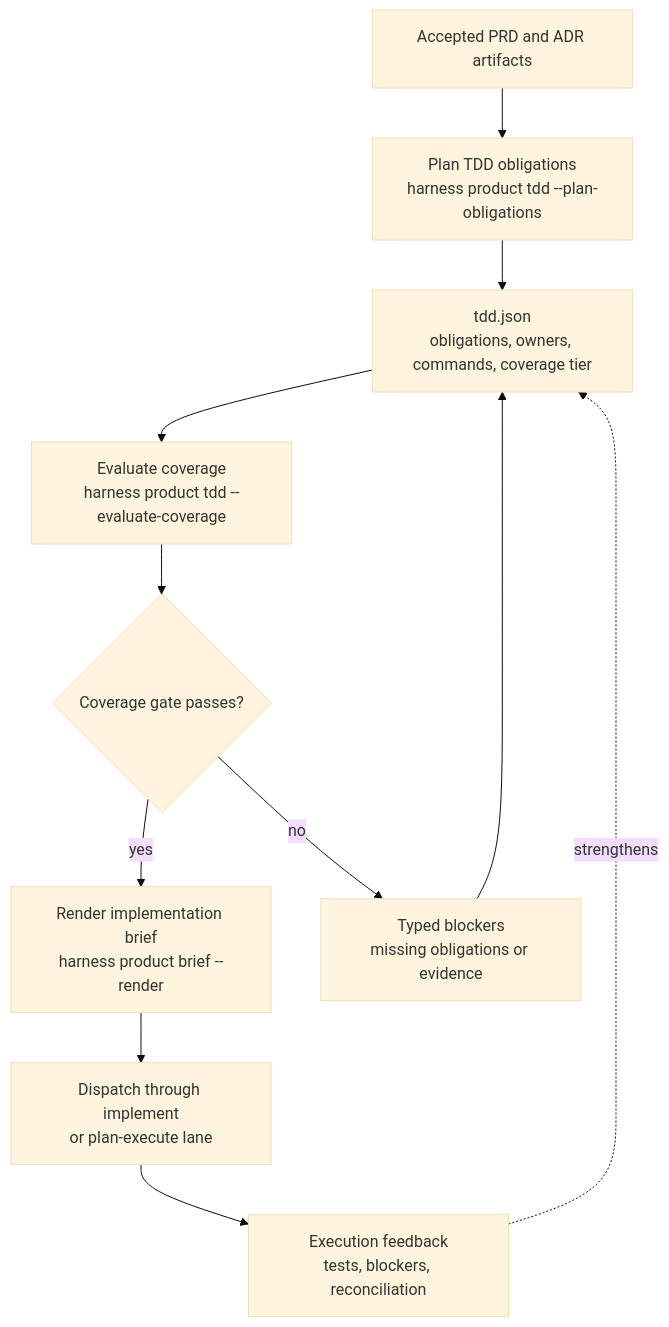
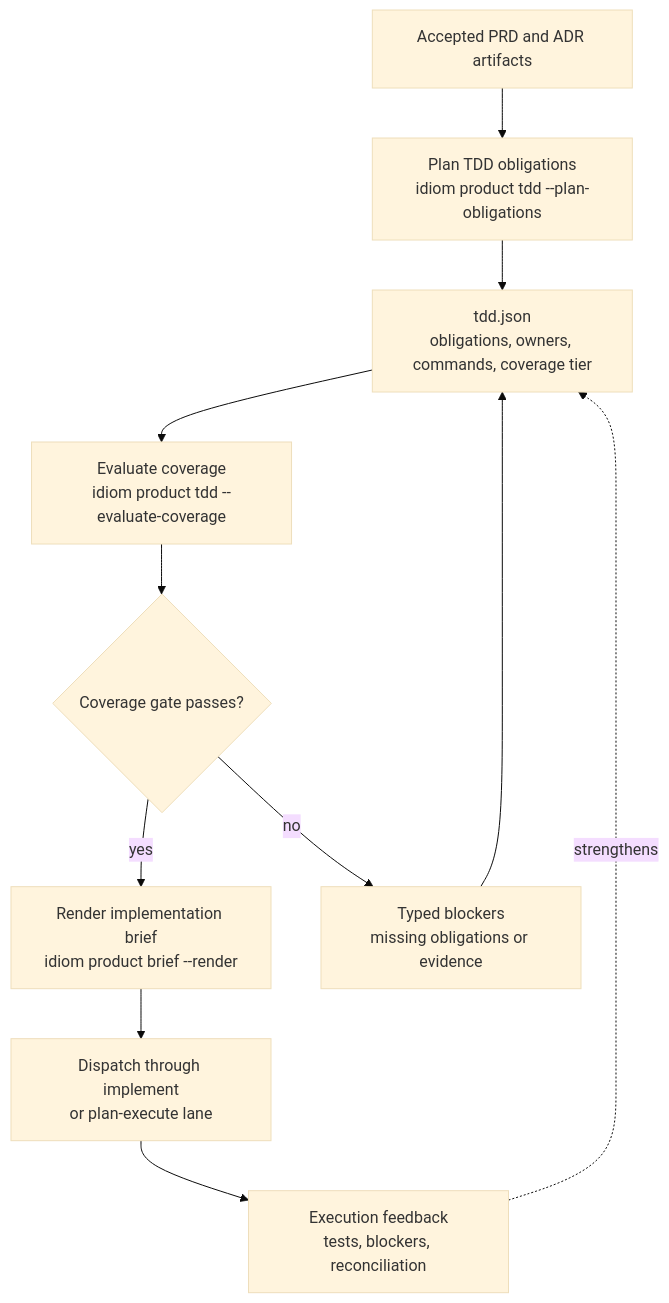
One commit to BLuchterhand/Idiom changed the second of 4 diagrams in docs/obsidian-export/docs/obsidian/20 - Product Workflow and Behavioral Coverage.md. Above: the diagram before and after it, drawn with Mermaid (base theme). The commit also changed other lines of this file and 972 other files, not shown here.

````diff
--- a/docs/obsidian-export/docs/obsidian/20 - Product Workflow and Behavioral Coverage.md
+++ b/docs/obsidian-export/docs/obsidian/20 - Product Workflow and Behavioral Coverage.md
@@ -96,17 +97,17 @@
 ```mermaid
 flowchart TD
     Accepted["Accepted PRD and ADR artifacts"]
-    Plan["Plan TDD obligations<br/>harness product tdd --plan-obligations"]
+    Plan["Plan TDD obligations<br/>idiom product tdd --plan-obligations"]
     Ledger["tdd.json<br/>obligations, owners, commands, coverage tier"]
-    Evaluate["Evaluate coverage<br/>harness product tdd --evaluate-coverage"]
+    Evaluate["Evaluate coverage<br/>idiom product tdd --evaluate-coverage"]
     Gate{"Coverage gate passes?"}
-    Brief["Render implementation brief<br/>harness product brief --render"]
+    Brief["Render implementation brief<br/>idiom product brief --render"]
     Blocker["Typed blockers<br/>missing obligations or evidence"]
     Lane["Dispatch through implement<br/>or plan-execute lane"]
     Feedback["Execution feedback<br/>tests, blockers, reconciliation"]
 
     Accepted --> Plan --> Ledger --> Evaluate --> Gate
     Gate -- yes --> Brief --> Lane --> Feedback
     Gate -- no --> Blocker --> Ledger
     Feedback -. strengthens .-> Ledger
 ```
````
